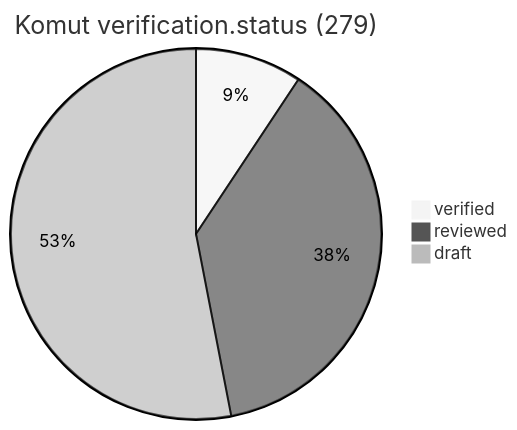
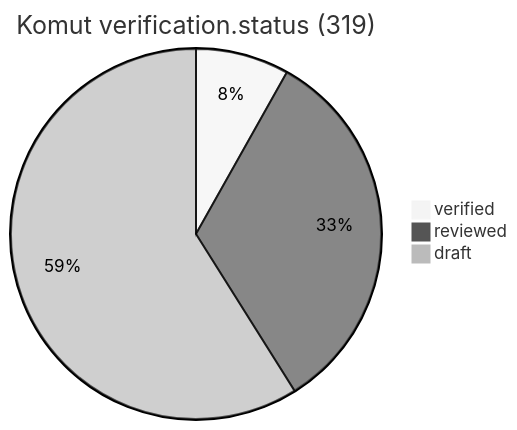
One commit to Teknoloji-Filozoflari/Nova-Commands changed the first of 8 diagrams in README.tr.md. Above: the diagram before and after it, drawn with Mermaid (neutral theme). The commit also changed other lines of this file and 65 other files, not shown here.

````diff
--- a/README.tr.md
+++ b/README.tr.md
@@ -51,6 +51,6 @@
 ```mermaid
-pie title Komut verification.status (279)
+pie title Komut verification.status (319)
   "verified" : 26
   "reviewed" : 105
-  "draft" : 148
+  "draft" : 188
 ```
````
